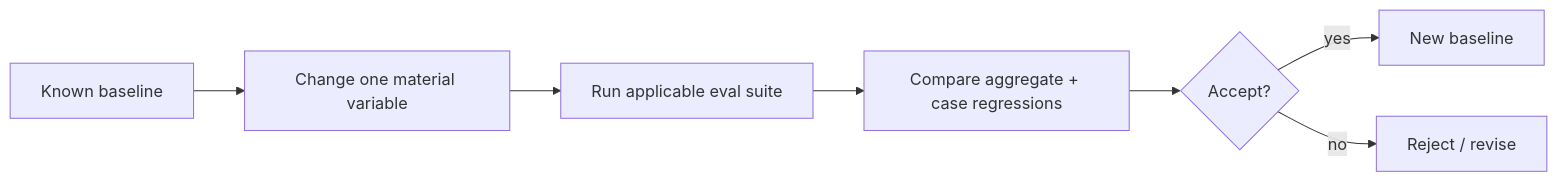
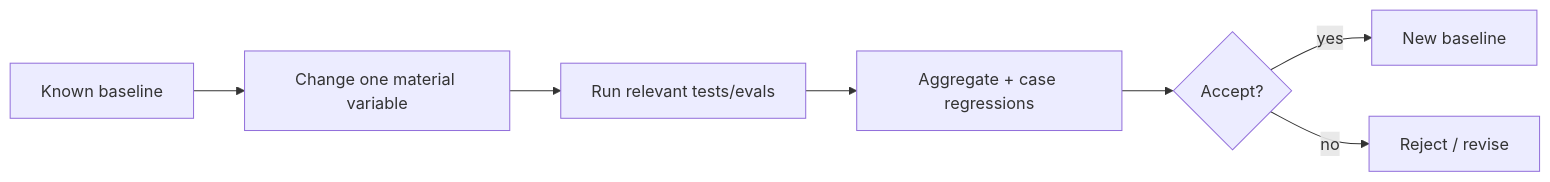
Before and after one commit to kumarchandansingh/tropos: the eighth of 8 diagrams in docs/architecture/RAG_ARCHITECTURE.md, drawn with Mermaid. The commit also changed other lines of this file and 23 other files, not shown here.

````diff
--- a/docs/architecture/RAG_ARCHITECTURE.md
+++ b/docs/architecture/RAG_ARCHITECTURE.md
@@ -181,10 +202,10 @@
 ```mermaid
 flowchart LR
-    Baseline[Known baseline]
+    Base[Known baseline]
     --> One[Change one material variable]
-    --> Eval[Run applicable eval suite]
-    --> Compare[Compare aggregate + case regressions]
-    --> Decision{Accept?}
-    Decision -- yes --> New[New baseline]
-    Decision -- no --> Revert[Reject / revise]
+    --> Eval[Run relevant tests/evals]
+    --> Compare[Aggregate + case regressions]
+    --> D{Accept?}
+    D -- yes --> New[New baseline]
+    D -- no --> Reject[Reject / revise]
 ```
````
